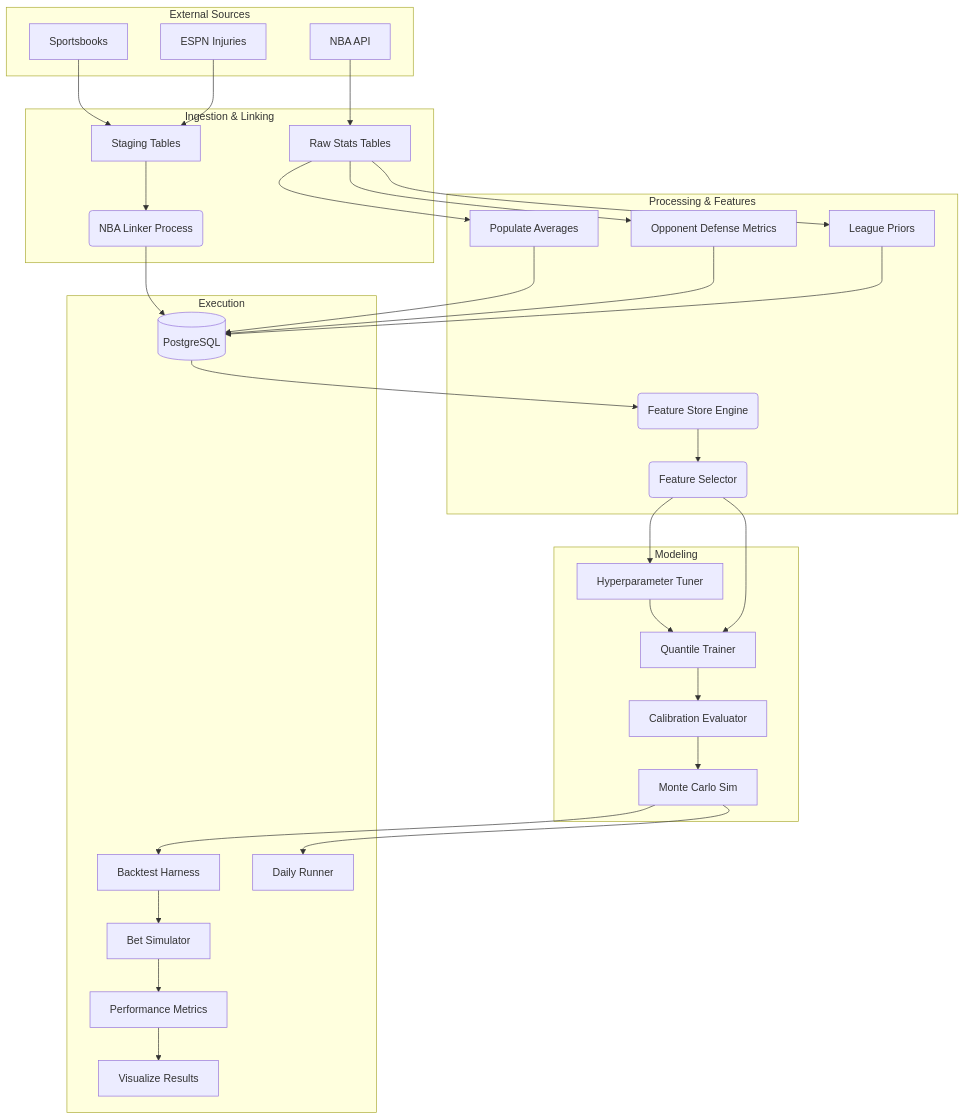
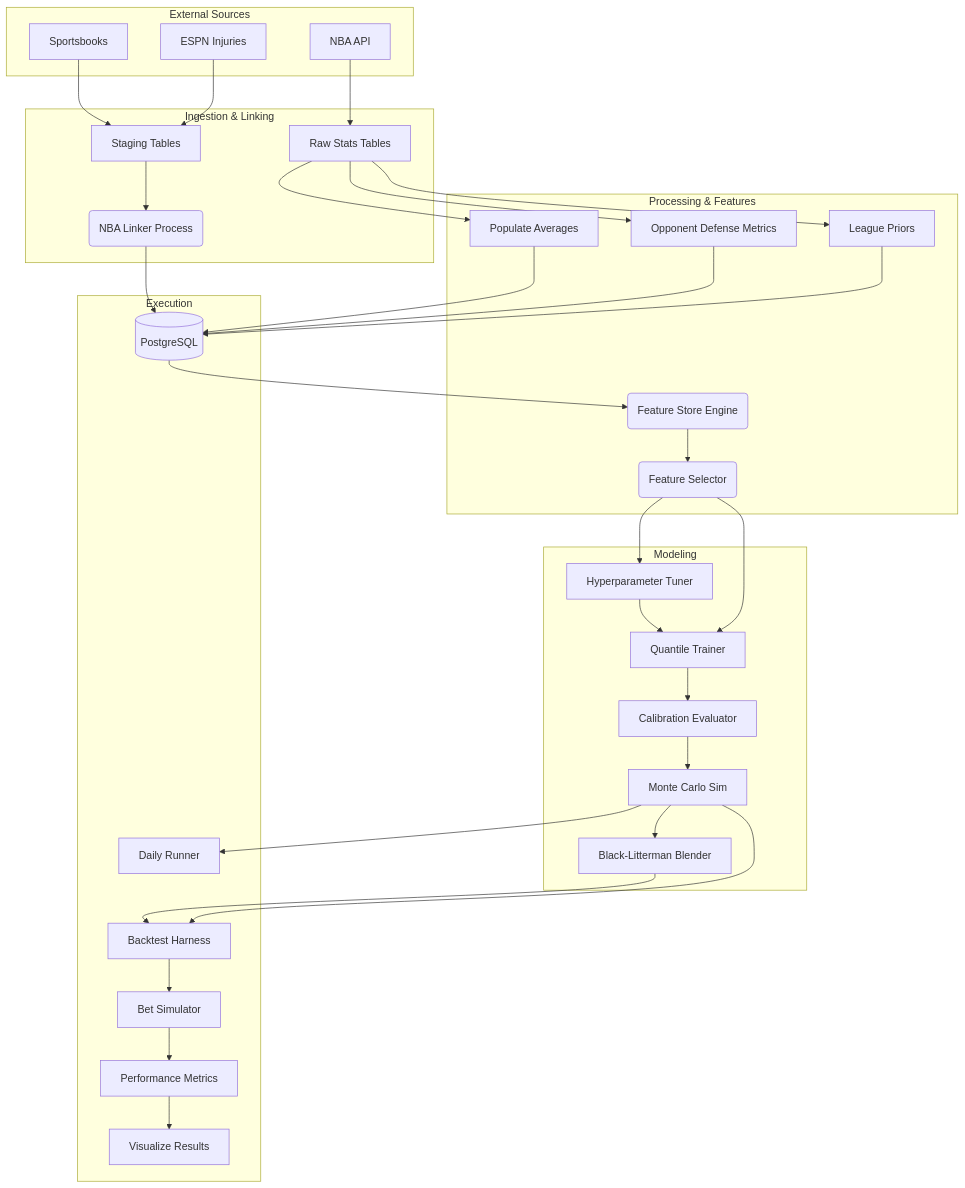
One commit to ChaseGuelette/GameFlowData changed the diagram in ARCHITECTURE.md. Above: the diagram before and after it, drawn with Mermaid. The commit also changed other lines of this file and 11 other files, not shown here.

Commit message:
Implemented Black-litterman based portfolio optimization, along with market devigging and integrated new features into the backtest pipeline. Updated action items and architecture docs

````diff
--- a/ARCHITECTURE.md
+++ b/ARCHITECTURE.md
@@ -250,63 +275,66 @@
 ```mermaid
 graph TD
     subgraph "External Sources"
         NBA[NBA API]
         Odds[Sportsbooks]
         ESPN[ESPN Injuries]
     end
 
     subgraph "Ingestion & Linking"
         RawStats[Raw Stats Tables]
         Staging[Staging Tables]
         Linker(NBA Linker Process)
     end
 
     subgraph "Processing & Features"
         AvgStats[Populate Averages]
         DefMetrics[Opponent Defense Metrics]
         Priors[League Priors]
         FeatStore(Feature Store Engine)
         FeatSelect(Feature Selector)
     end
 
     subgraph "Modeling"
         HPO[Hyperparameter Tuner]
         Trainer[Quantile Trainer]
         Calibrator[Calibration Evaluator]
         MC[Monte Carlo Sim]
+        BL[Black-Litterman Blender]
     end
 
     subgraph "Execution"
         Backtest[Backtest Harness]
         BetSim[Bet Simulator]
         PerfMetrics[Performance Metrics]
         Daily[Daily Runner]
         Viz[Visualize Results]
         DB[(PostgreSQL)]
     end
 
     NBA --> RawStats
     Odds --> Staging
     ESPN --> Staging
     RawStats --> AvgStats
     RawStats --> DefMetrics
     RawStats --> Priors
     Staging --> Linker
     Linker --> DB
     AvgStats --> DB
     DefMetrics --> DB
     Priors --> DB
 
     DB --> FeatStore
     FeatStore --> FeatSelect
     FeatSelect --> HPO
     HPO --> Trainer
     FeatSelect --> Trainer
     Trainer --> Calibrator
     Calibrator --> MC
     MC --> Daily
+    MC --> BL
+    BL --> Backtest
     MC --> Backtest
     Backtest --> BetSim
     BetSim --> PerfMetrics
     PerfMetrics --> Viz
 ```
````
